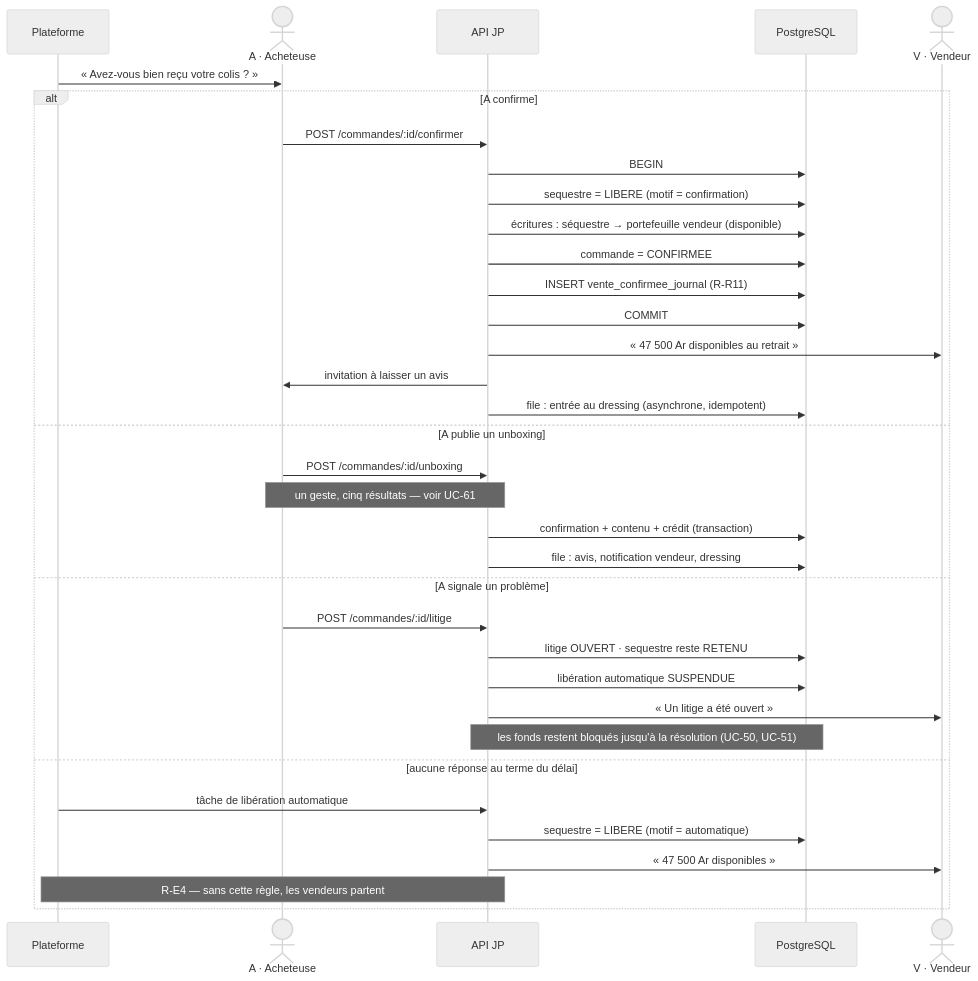
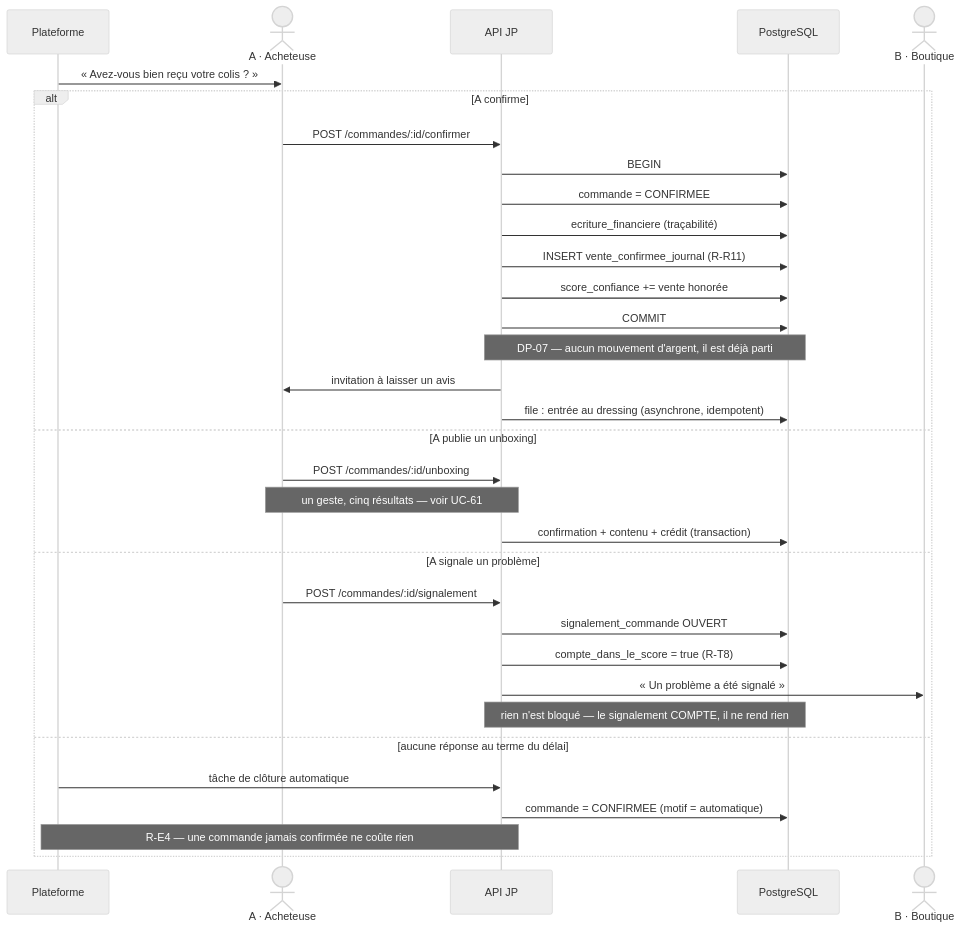
Diagram 12 of 26 in docs/JP_CAS_UTILISATION.md (andokevin/jp), drawn with Mermaid (neutral theme) before and after one commit. The commit also changed other lines of this file and 58 other files, not shown here.

````diff
--- a/docs/JP_CAS_UTILISATION.md
+++ b/docs/JP_CAS_UTILISATION.md
@@ -949,39 +900,37 @@
 ```mermaid
 sequenceDiagram
     participant SYS as Plateforme
     actor A as A · Acheteuse
     participant API as API JP
     participant DB as PostgreSQL
-    actor V as V · Vendeur
+    actor B as B · Boutique
 
     SYS->>A: « Avez-vous bien reçu votre colis ? »
 
     alt A confirme
         A->>API: POST /commandes/:id/confirmer
         API->>DB: BEGIN
-        API->>DB: sequestre = LIBERE (motif = confirmation)
-        API->>DB: écritures : séquestre → portefeuille vendeur (disponible)
         API->>DB: commande = CONFIRMEE
+        API->>DB: ecriture_financiere (traçabilité)
         API->>DB: INSERT vente_confirmee_journal (R-R11)
+        API->>DB: score_confiance += vente honorée
         API->>DB: COMMIT
-        API->>V: « 47 500 Ar disponibles au retrait »
+        Note over API,DB: DP-07 — aucun mouvement d'argent, il est déjà parti
         API->>A: invitation à laisser un avis
         API->>DB: file : entrée au dressing (asynchrone, idempotent)
     else A publie un unboxing
         A->>API: POST /commandes/:id/unboxing
         Note over A,API: un geste, cinq résultats — voir UC-61
         API->>DB: confirmation + contenu + crédit (transaction)
-        API->>DB: file : avis, notification vendeur, dressing
     else A signale un problème
-        A->>API: POST /commandes/:id/litige
-        API->>DB: litige OUVERT · sequestre reste RETENU
-        API->>DB: libération automatique SUSPENDUE
-        API->>V: « Un litige a été ouvert »
-        Note over API,DB: les fonds restent bloqués jusqu'à la résolution (UC-50, UC-51)
+        A->>API: POST /commandes/:id/signalement
+        API->>DB: signalement_commande OUVERT
+        API->>DB: compte_dans_le_score = true (R-T8)
+        API->>B: « Un problème a été signalé »
+        Note over API,DB: rien n'est bloqué — le signalement COMPTE, il ne rend rien
     else aucune réponse au terme du délai
-        SYS->>API: tâche de libération automatique
-        API->>DB: sequestre = LIBERE (motif = automatique)
-        API->>V: « 47 500 Ar disponibles »
-        Note over SYS,API: R-E4 — sans cette règle, les vendeurs partent
+        SYS->>API: tâche de clôture automatique
+        API->>DB: commande = CONFIRMEE (motif = automatique)
+        Note over SYS,API: R-E4 — une commande jamais confirmée ne coûte rien
     end
 ```
````
